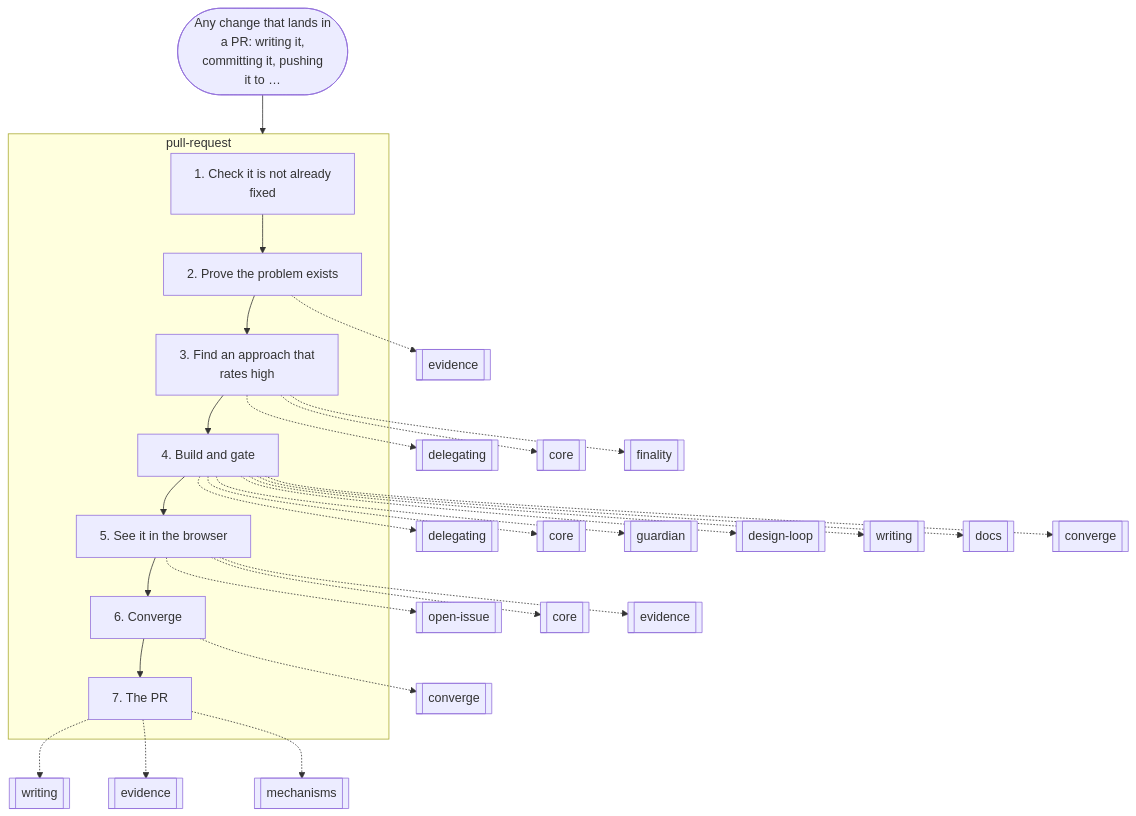
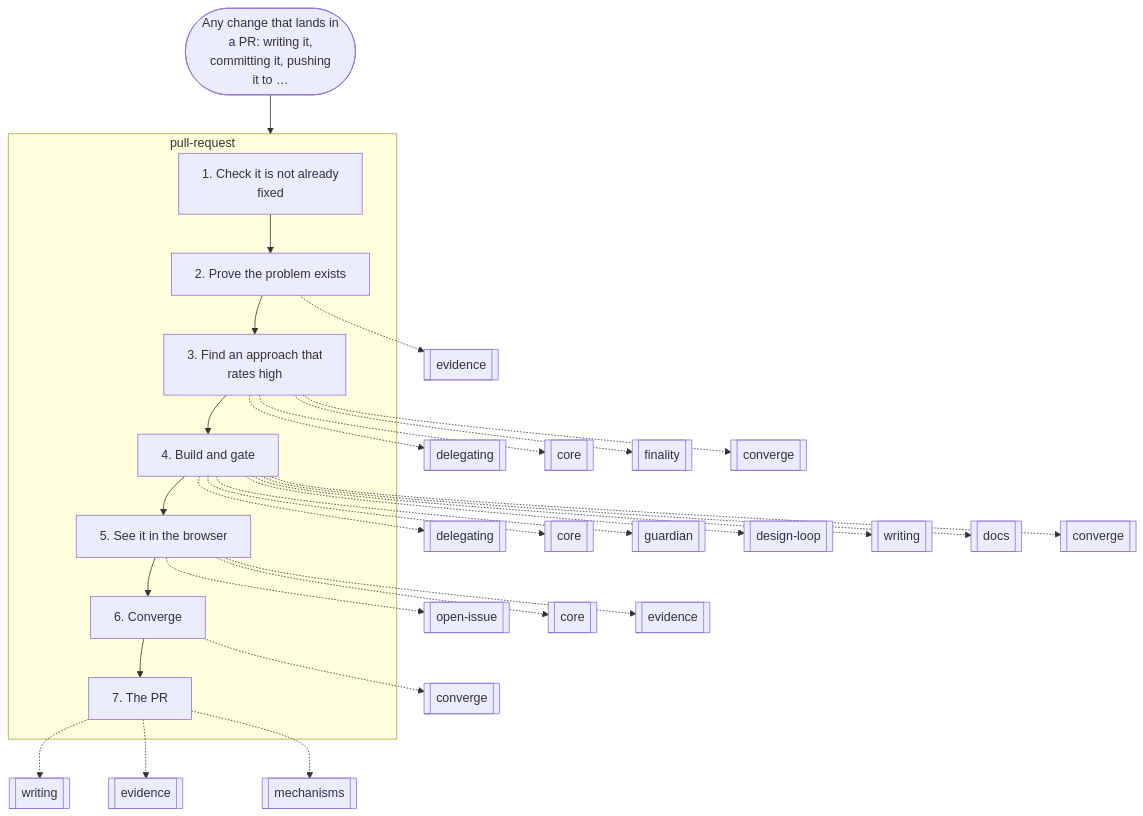
The seventh of 18 diagrams in docs/graphs.md (nitedani/mergeworthy), drawn with Mermaid before and after one commit. The commit also changed other lines of this file and 9 other files, not shown here.

````diff
--- a/docs/graphs.md
+++ b/docs/graphs.md
@@ -215,38 +215,39 @@
 ```mermaid
 flowchart TB
   start(["Any change that lands in<br/>a PR: writing it,<br/>committing it, pushing<br/>it to …"])
   subgraph g0["pull-request"]
     s0["1. Check it is not already<br/>fixed"]
     s1["2. Prove the problem exists"]
     s0 --> s1
     s2["3. Find an approach that<br/>rates high"]
     s1 --> s2
     s3["4. Build and gate"]
     s2 --> s3
     s4["5. See it in the browser"]
     s3 --> s4
     s5["6. Converge"]
     s4 --> s5
     s6["7. The PR"]
     s5 --> s6
   end
   s1 -.-> r1[["evidence"]]
   s2 -.-> r2[["delegating"]]
   s2 -.-> r3[["core"]]
   s2 -.-> r4[["finality"]]
-  s3 -.-> r5[["delegating"]]
-  s3 -.-> r6[["core"]]
-  s3 -.-> r7[["guardian"]]
-  s3 -.-> r8[["design-loop"]]
-  s3 -.-> r9[["writing"]]
-  s3 -.-> r10[["docs"]]
-  s3 -.-> r11[["converge"]]
-  s4 -.-> r12[["open-issue"]]
-  s4 -.-> r13[["core"]]
-  s4 -.-> r14[["evidence"]]
-  s5 -.-> r15[["converge"]]
-  s6 -.-> r16[["writing"]]
-  s6 -.-> r17[["evidence"]]
-  s6 -.-> r18[["mechanisms"]]
+  s2 -.-> r5[["converge"]]
+  s3 -.-> r6[["delegating"]]
+  s3 -.-> r7[["core"]]
+  s3 -.-> r8[["guardian"]]
+  s3 -.-> r9[["design-loop"]]
+  s3 -.-> r10[["writing"]]
+  s3 -.-> r11[["docs"]]
+  s3 -.-> r12[["converge"]]
+  s4 -.-> r13[["open-issue"]]
+  s4 -.-> r14[["core"]]
+  s4 -.-> r15[["evidence"]]
+  s5 -.-> r16[["converge"]]
+  s6 -.-> r17[["writing"]]
+  s6 -.-> r18[["evidence"]]
+  s6 -.-> r19[["mechanisms"]]
   start --> g0
 ```
````
